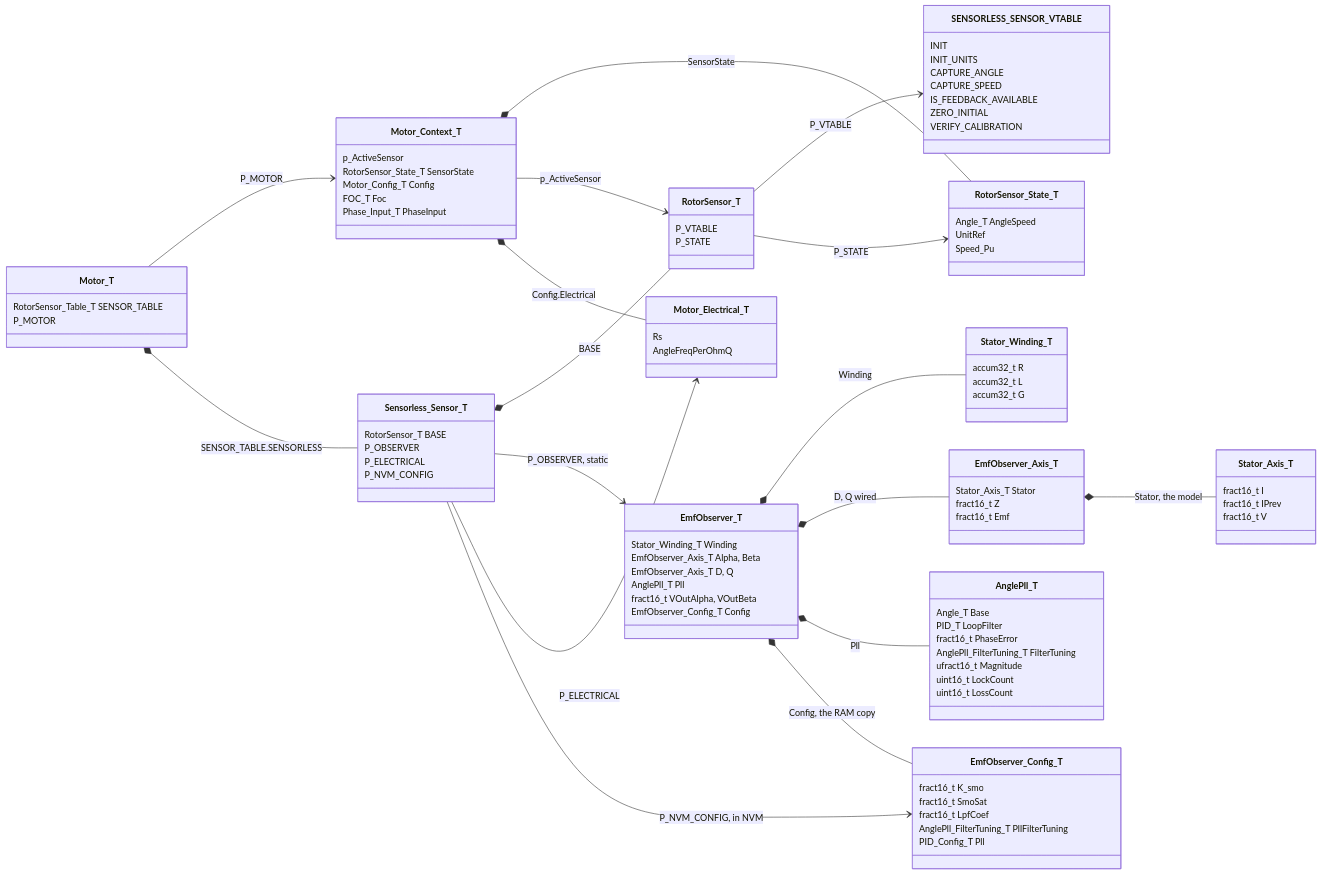
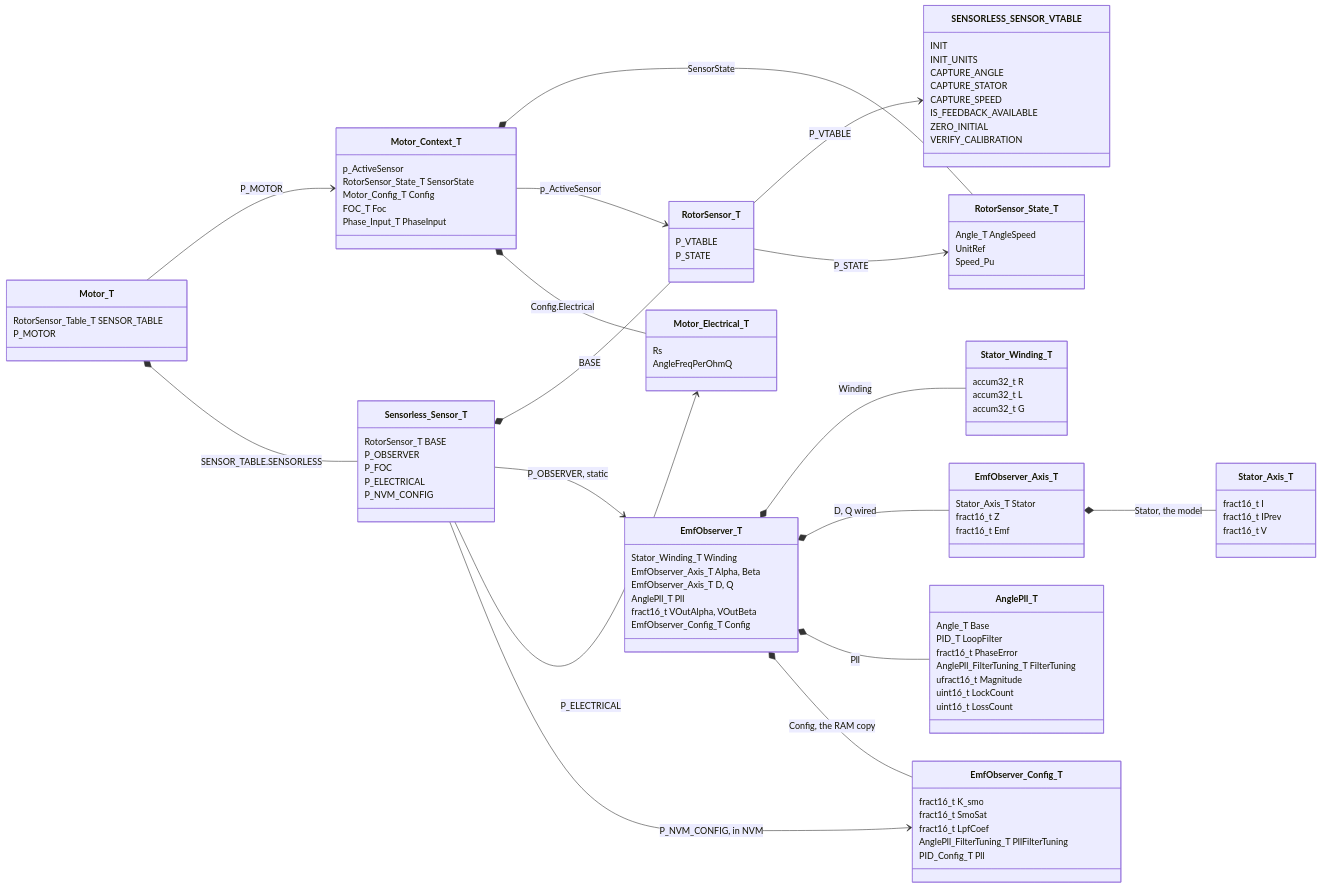
One commit to FireSourcery/FireSourcery_Library changed the first of 9 diagrams in Motor/Docs/Sensorless.md. Above: the diagram before and after it, drawn with Mermaid. The commit also changed other lines of this file and 25 other files, not shown here.

```diff
--- a/Motor/Docs/Sensorless.md
+++ b/Motor/Docs/Sensorless.md
@@ -37,6 +37,7 @@
     class Sensorless_Sensor_T {
         RotorSensor_T BASE
         P_OBSERVER
+        P_FOC
         P_ELECTRICAL
         P_NVM_CONFIG
     }
@@ -48,6 +49,7 @@
         INIT
         INIT_UNITS
         CAPTURE_ANGLE
+        CAPTURE_STATOR
         CAPTURE_SPEED
         IS_FEEDBACK_AVAILABLE
         ZERO_INITIAL
```
